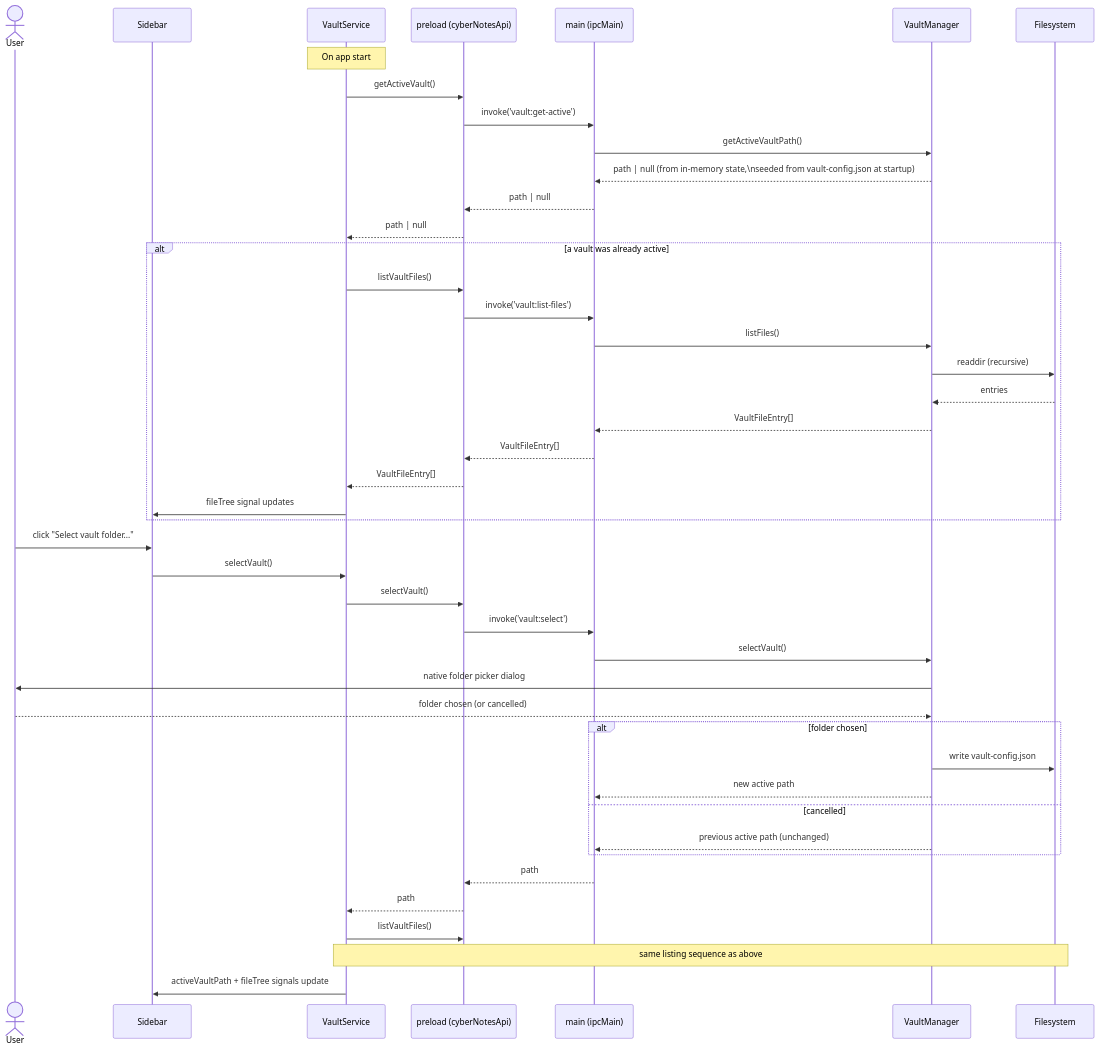
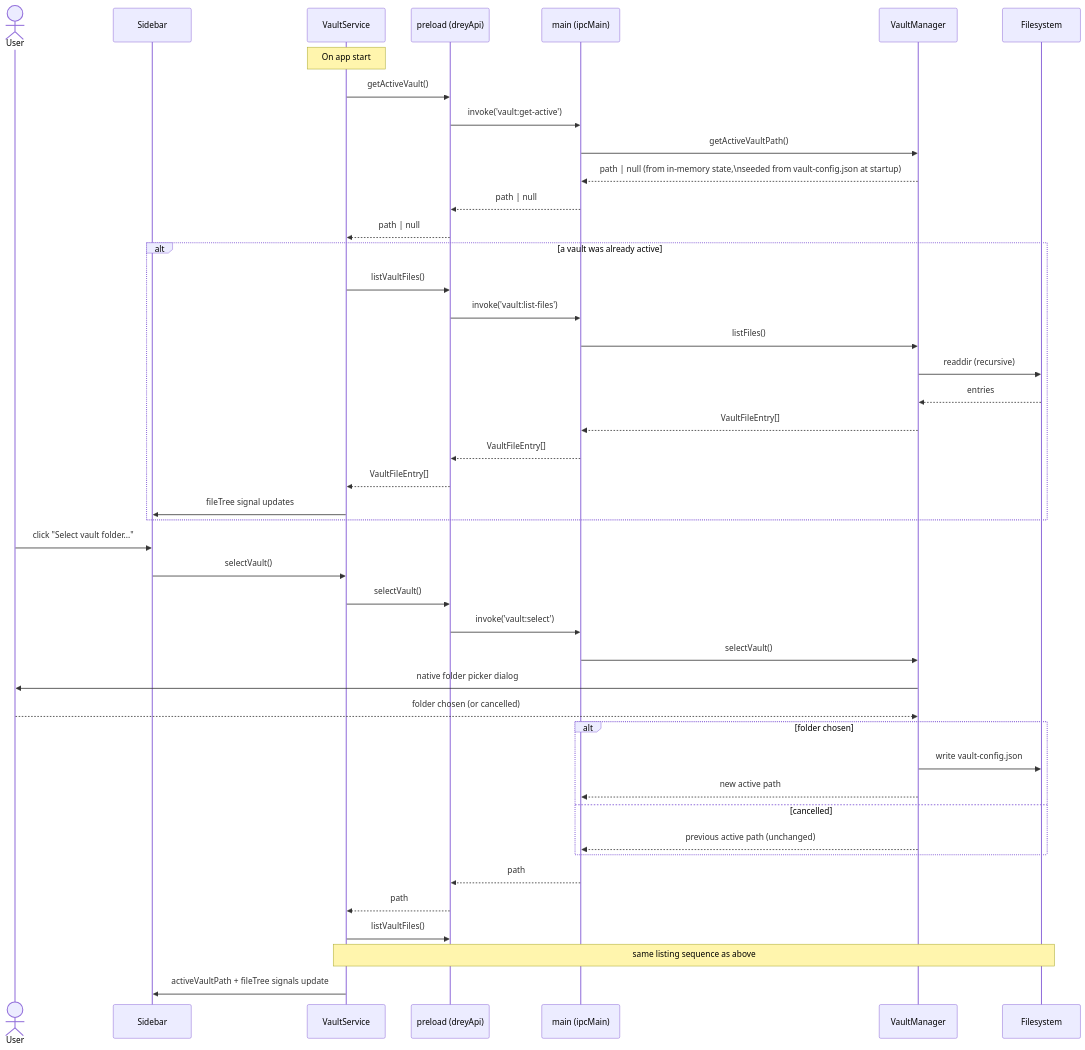
One commit to HenrikPuls/Drey changed the first of 4 diagrams in docs/06_runtime_view.md. Above: the diagram before and after it, drawn with Mermaid. The commit also changed other lines of this file and 78 other files, not shown here.

````diff
--- a/docs/06_runtime_view.md
+++ b/docs/06_runtime_view.md
@@ -13,48 +13,48 @@
 ```mermaid
 sequenceDiagram
     actor User
     participant Sidebar
     participant VaultService
-    participant Preload as preload (cyberNotesApi)
+    participant Preload as preload (dreyApi)
     participant Main as main (ipcMain)
     participant VaultManager
     participant FS as Filesystem
 
     Note over VaultService: On app start
     VaultService->>Preload: getActiveVault()
     Preload->>Main: invoke('vault:get-active')
     Main->>VaultManager: getActiveVaultPath()
     VaultManager-->>Main: path | null (from in-memory state,\nseeded from vault-config.json at startup)
     Main-->>Preload: path | null
     Preload-->>VaultService: path | null
     alt a vault was already active
         VaultService->>Preload: listVaultFiles()
         Preload->>Main: invoke('vault:list-files')
         Main->>VaultManager: listFiles()
         VaultManager->>FS: readdir (recursive)
         FS-->>VaultManager: entries
         VaultManager-->>Main: VaultFileEntry[]
         Main-->>Preload: VaultFileEntry[]
         Preload-->>VaultService: VaultFileEntry[]
         VaultService->>Sidebar: fileTree signal updates
     end
 
     User->>Sidebar: click "Select vault folder..."
     Sidebar->>VaultService: selectVault()
     VaultService->>Preload: selectVault()
     Preload->>Main: invoke('vault:select')
     Main->>VaultManager: selectVault()
     VaultManager->>User: native folder picker dialog
     User-->>VaultManager: folder chosen (or cancelled)
     alt folder chosen
         VaultManager->>FS: write vault-config.json
         VaultManager-->>Main: new active path
     else cancelled
         VaultManager-->>Main: previous active path (unchanged)
     end
     Main-->>Preload: path
     Preload-->>VaultService: path
     VaultService->>Preload: listVaultFiles()
     Note over VaultService,FS: same listing sequence as above
     VaultService->>Sidebar: activeVaultPath + fileTree signals update
 ```
````
